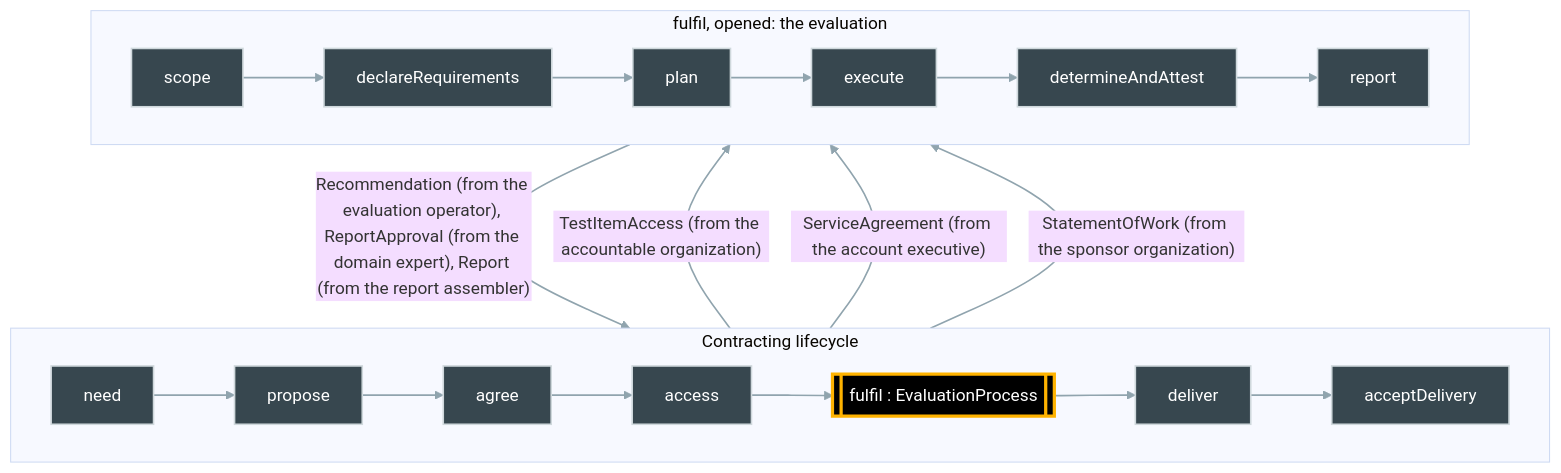
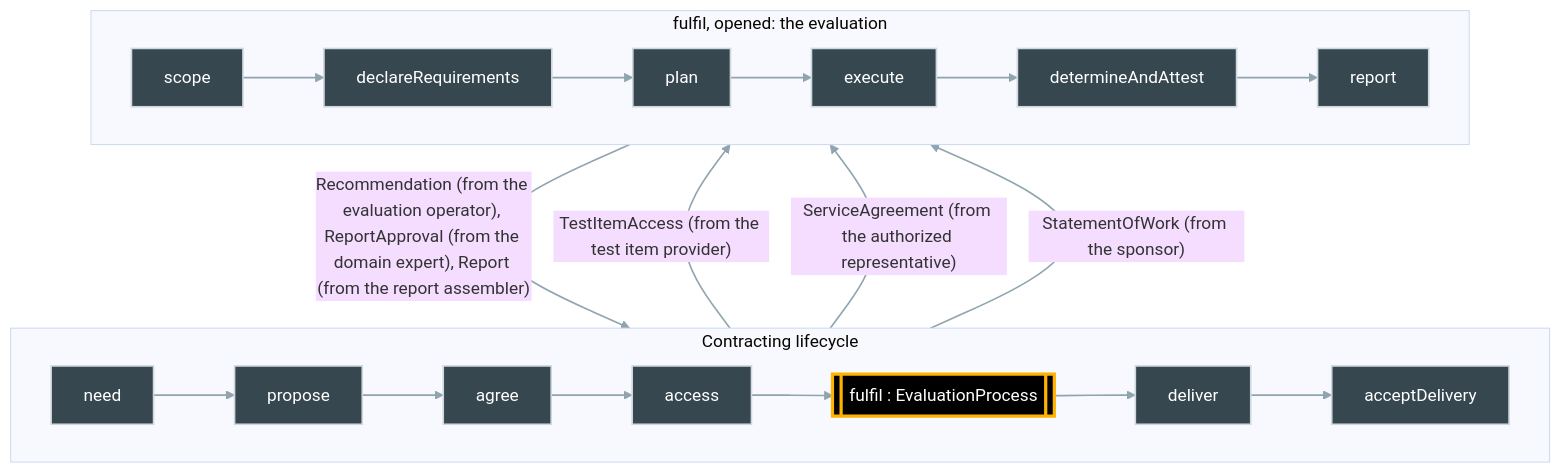
The diagram in generated/nesting.md (DynamicalSystemsGroup/og-caie-spec), drawn with Mermaid (base theme) before and after one commit. The commit also changed 19 other files, not shown here.

````diff
--- a/generated/nesting.md
+++ b/generated/nesting.md
@@ -1,20 +1,20 @@
 ```{mermaid}
 flowchart TB
   subgraph OUTER["Contracting lifecycle"]
     direction LR
     o_need[need] --> o_propose[propose] --> o_agree[agree] --> o_access[access] --> o_fulfil[["fulfil : EvaluationProcess"]] --> o_deliver[deliver] --> o_acceptDelivery[acceptDelivery]
   end
   subgraph INNER["fulfil, opened: the evaluation"]
     direction LR
     i_scope[scope] --> i_declareRequirements[declareRequirements] --> i_plan[plan] --> i_execute[execute] --> i_determineAndAttest[determineAndAttest] --> i_report[report]
   end
   i_report -- "Recommendation (from the evaluation operator), ReportApproval (from the domain expert), Report (from the report assembler)" --> o_deliver
-  o_access -- "TestItemAccess (from the accountable organization)" --> i_execute
-  o_agree -- "ServiceAgreement (from the account executive)" --> i_declareRequirements
-  o_agree -- "StatementOfWork (from the sponsor organization)" --> i_scope
+  o_access -- "TestItemAccess (from the test item provider)" --> i_execute
+  o_agree -- "ServiceAgreement (from the authorized representative)" --> i_declareRequirements
+  o_agree -- "StatementOfWork (from the sponsor)" --> i_scope
   classDef step fill:#37474f,stroke:#cfd8dc,stroke-width:1.5px,color:#ffffff;
   classDef black fill:#000000,stroke:#ffb300,stroke-width:3px,color:#ffffff;
   class o_need,o_propose,o_agree,o_access,o_deliver,o_acceptDelivery,i_scope,i_declareRequirements,i_plan,i_execute,i_determineAndAttest,i_report step;
   linkStyle default stroke:#90a4ae,stroke-width:1.5px;
   class o_fulfil black;
 ```
````
